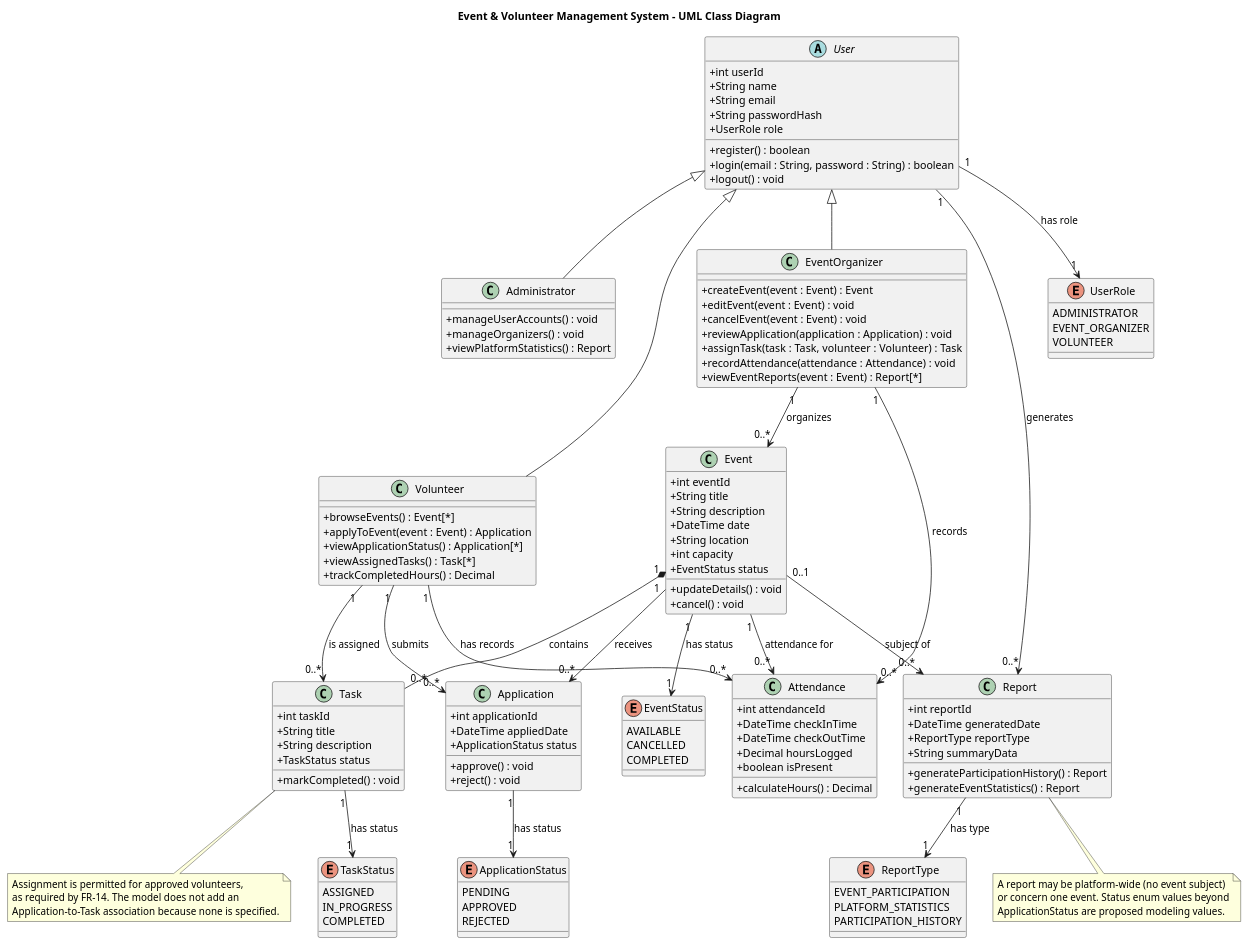
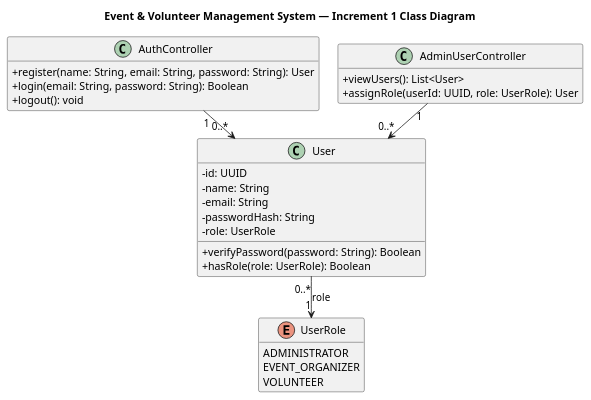
One commit to LeenQasem/SE-project-group8 changed the diagram in uml/class_diagram.puml. Above: the diagram before and after it, drawn with PlantUML. The commit also changed 16 other files, not shown here.

```diff
--- a/uml/class_diagram.puml
+++ b/uml/class_diagram.puml
@@ -1,149 +1,42 @@
-@startuml EventVolunteerManagementClassDiagram
-title Event & Volunteer Management System - UML Class Diagram
+@startuml class_diagram
+title Event & Volunteer Management System — Increment 1 Class Diagram
 
+top to bottom direction
+skinparam linetype polyline
+skinparam nodesep 25
+skinparam ranksep 35
+skinparam shadowing false
 skinparam classAttributeIconSize 0
+hide empty members
 
-abstract class User {
-  +int userId
-  +String name
-  +String email
-  +String passwordHash
-  +UserRole role
-  +register() : boolean
-  +login(email : String, password : String) : boolean
-  +logout() : void
-}
-
-class Administrator {
-  +manageUserAccounts() : void
-  +manageOrganizers() : void
-  +viewPlatformStatistics() : Report
-}
-
-class EventOrganizer {
-  +createEvent(event : Event) : Event
-  +editEvent(event : Event) : void
-  +cancelEvent(event : Event) : void
-  +reviewApplication(application : Application) : void
-  +assignTask(task : Task, volunteer : Volunteer) : Task
-  +recordAttendance(attendance : Attendance) : void
-  +viewEventReports(event : Event) : Report[*]
-}
-
-class Volunteer {
-  +browseEvents() : Event[*]
-  +applyToEvent(event : Event) : Application
-  +viewApplicationStatus() : Application[*]
-  +viewAssignedTasks() : Task[*]
-  +trackCompletedHours() : Decimal
-}
-
-class Event {
-  +int eventId
-  +String title
-  +String description
-  +DateTime date
-  +String location
-  +int capacity
-  +EventStatus status
-  +updateDetails() : void
-  +cancel() : void
-}
-
-class Application {
-  +int applicationId
-  +DateTime appliedDate
-  +ApplicationStatus status
-  +approve() : void
-  +reject() : void
-}
-
-class Task {
-  +int taskId
-  +String title
-  +String description
-  +TaskStatus status
-  +markCompleted() : void
-}
-
-class Attendance {
-  +int attendanceId
-  +DateTime checkInTime
-  +DateTime checkOutTime
-  +Decimal hoursLogged
-  +boolean isPresent
-  +calculateHours() : Decimal
-}
-
-class Report {
-  +int reportId
-  +DateTime generatedDate
-  +ReportType reportType
-  +String summaryData
-  +generateParticipationHistory() : Report
-  +generateEventStatistics() : Report
+class User {
+  - id: UUID
+  - name: String
+  - email: String
+  - passwordHash: String
+  - role: UserRole
+  + verifyPassword(password: String): Boolean
+  + hasRole(role: UserRole): Boolean
 }
 
 enum UserRole {
   ADMINISTRATOR
   EVENT_ORGANIZER
   VOLUNTEER
 }
 
-enum ApplicationStatus {
-  PENDING
-  APPROVED
-  REJECTED
+class AuthController {
+  + register(name: String, email: String, password: String): User
+  + login(email: String, password: String): Boolean
+  + logout(): void
 }
 
-enum EventStatus {
-  AVAILABLE
-  CANCELLED
-  COMPLETED
+class AdminUserController {
+  + viewUsers(): List<User>
+  + assignRole(userId: UUID, role: UserRole): User
 }
 
-enum TaskStatus {
-  ASSIGNED
-  IN_PROGRESS
-  COMPLETED
-}
-
-enum ReportType {
-  EVENT_PARTICIPATION
-  PLATFORM_STATISTICS
-  PARTICIPATION_HISTORY
-}
-
-User <|-- Administrator
-User <|-- EventOrganizer
-User <|-- Volunteer
-
-User "1" --> "1" UserRole : has role
-EventOrganizer "1" --> "0..*" Event : organizes
-Volunteer "1" --> "0..*" Application : submits
-Event "1" --> "0..*" Application : receives
-Event "1" *-- "0..*" Task : contains
-Volunteer "1" --> "0..*" Task : is assigned
-Volunteer "1" --> "0..*" Attendance : has records
-Event "1" --> "0..*" Attendance : attendance for
-EventOrganizer "1" --> "0..*" Attendance : records
-User "1" --> "0..*" Report : generates
-Event "0..1" --> "0..*" Report : subject of
-Application "1" --> "1" ApplicationStatus : has status
-Event "1" --> "1" EventStatus : has status
-Task "1" --> "1" TaskStatus : has status
-Report "1" --> "1" ReportType : has type
-
-note bottom of Task
-  Assignment is permitted for approved volunteers,
-  as required by FR-14. The model does not add an
-  Application-to-Task association because none is specified.
-end note
-
-note bottom of Report
-  A report may be platform-wide (no event subject)
-  or concern one event. Status enum values beyond
-  ApplicationStatus are proposed modeling values.
-end note
-
+AuthController "1" --> "0..*" User
+AdminUserController "1" --> "0..*" User
+User "0..*" --> "1" UserRole : role
 @enduml
```
